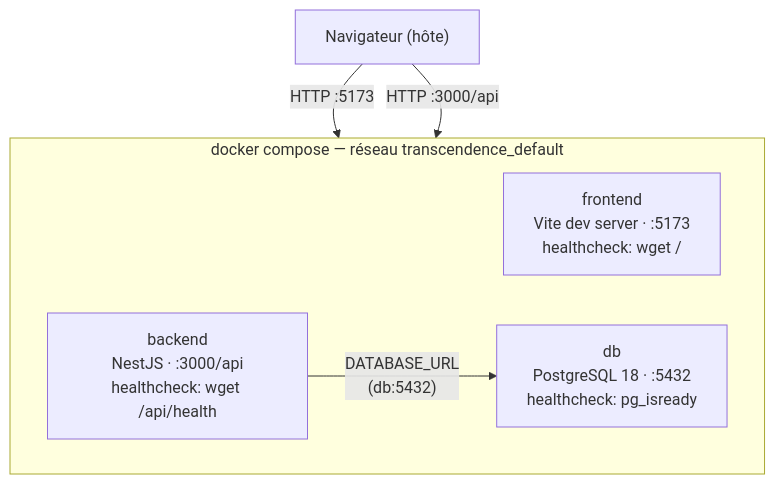
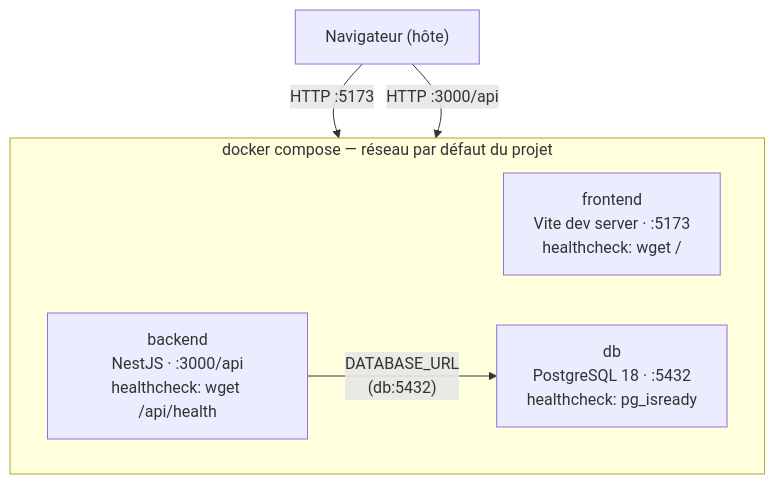
Before and after one commit to Les-razmokets/42-transcendence: the first of 2 diagrams in docs/diagram-archi.md, drawn with Mermaid. The commit also changed other lines of this file, not shown here.

````diff
--- a/docs/diagram-archi.md
+++ b/docs/diagram-archi.md
@@ -7,16 +7,16 @@
 ```mermaid
 flowchart TB
     Client["Navigateur (hôte)"]
 
-    subgraph Compose["docker compose — réseau transcendence_default"]
+    subgraph Compose["docker compose — réseau par défaut du projet"]
         direction LR
-        Frontend["frontend\nVite dev server · :5173\nhealthcheck: wget /"]
-        Backend["backend\nNestJS · :3000/api\nhealthcheck: wget /api/health"]
-        DB["db\nPostgreSQL 18 · :5432\nhealthcheck: pg_isready"]
+        Frontend["frontend<br/>Vite dev server · :5173<br/>healthcheck: wget /"]
+        Backend["backend<br/>NestJS · :3000/api<br/>healthcheck: wget /api/health"]
+        DB["db<br/>PostgreSQL 18 · :5432<br/>healthcheck: pg_isready"]
 
-        Backend -- "DATABASE_URL\n(db:5432)" --> DB
+        Backend -- "DATABASE_URL<br/>(db:5432)" --> DB
     end
 
     Client -- "HTTP :5173" --> Frontend
     Client -- "HTTP :3000/api" --> Backend
 ```
````
